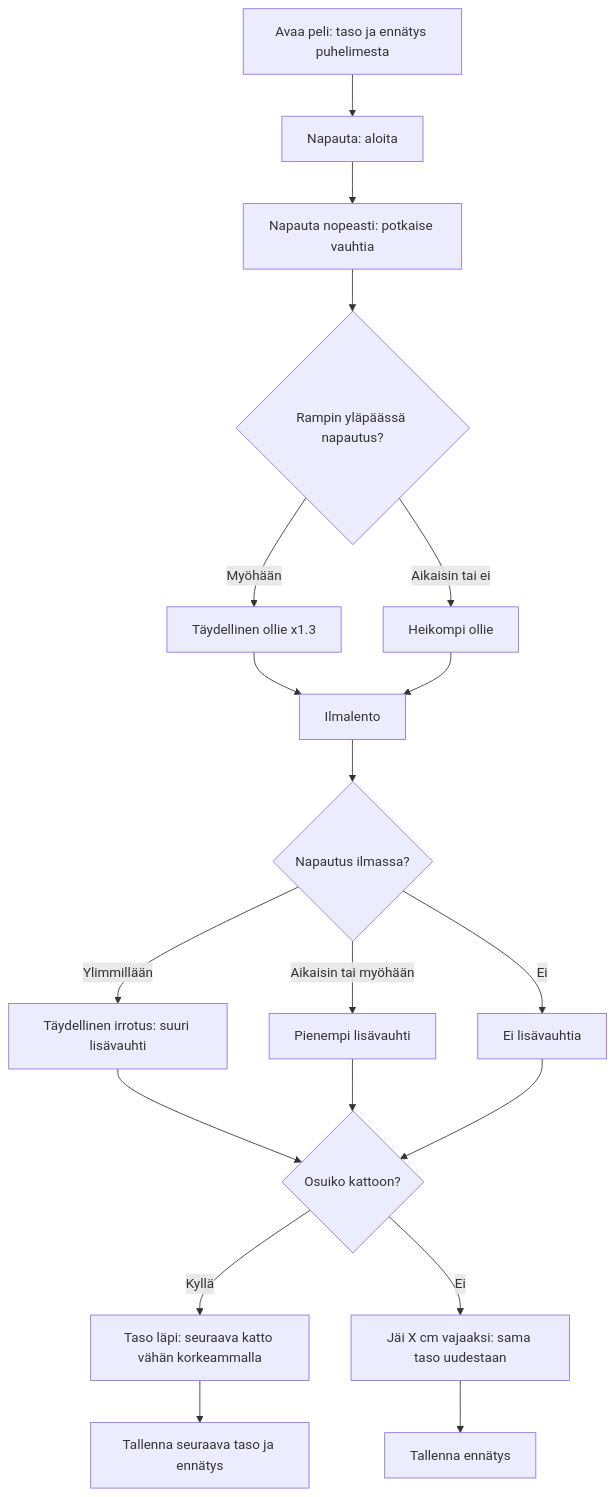
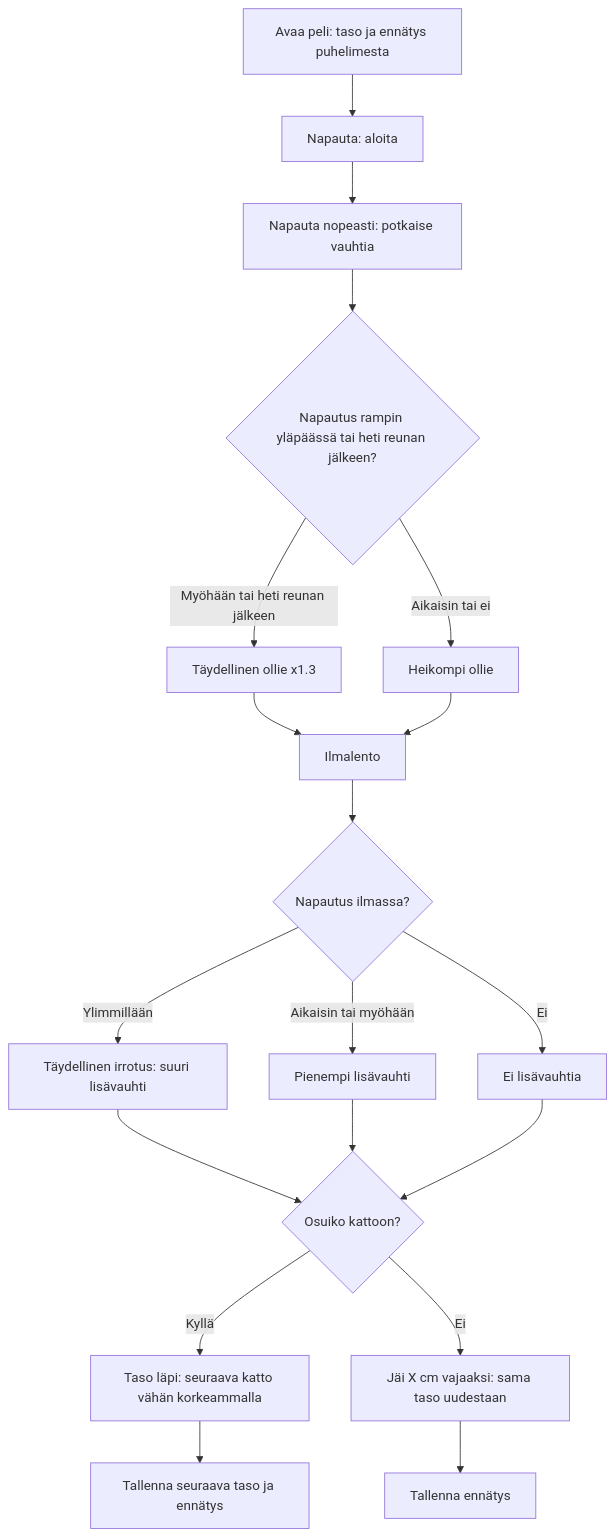
The diagram in docs/diagrams/sormiskeitti.md (eerovil/ai-pelit), drawn with Mermaid before and after one commit. The commit also changed other lines of this file, not shown here.

Commit message:
Diagram: the late-ollie grace in Sormiskeitti v4
Refs #2

````diff
--- a/docs/diagrams/sormiskeitti.md
+++ b/docs/diagrams/sormiskeitti.md
@@ -9,28 +10,28 @@
 ```mermaid
 flowchart TD
   S[Avaa peli: taso ja ennätys puhelimesta] --> A
   A[Napauta: aloita] --> B[Napauta nopeasti: potkaise vauhtia]
-  B --> C{Rampin yläpäässä napautus?}
-  C -- Myöhään --> D[Täydellinen ollie x1.3]
+  B --> C{Napautus rampin yläpäässä tai heti reunan jälkeen?}
+  C -- Myöhään tai heti reunan jälkeen --> D[Täydellinen ollie x1.3]
   C -- Aikaisin tai ei --> E[Heikompi ollie]
   D --> F[Ilmalento]
   E --> F
   F --> G{Napautus ilmassa?}
   G -- Ylimmillään --> H[Täydellinen irrotus: suuri lisävauhti]
   G -- Aikaisin tai myöhään --> I[Pienempi lisävauhti]
   G -- Ei --> J[Ei lisävauhtia]
   H --> K{Osuiko kattoon?}
   I --> K
   J --> K
   K -- Kyllä --> L[Taso läpi: seuraava katto vähän korkeammalla]
   L --> T[Tallenna seuraava taso ja ennätys]
   M --> T2[Tallenna ennätys]
   K -- Ei --> M[Jäi X cm vajaaksi: sama taso uudestaan]
   class A,B blue
   class C,G,K amber
   class D,E,F teal
   class H,I,J violet
   class L green
   class S,T,T2 teal
   class M rose
 ```
````
